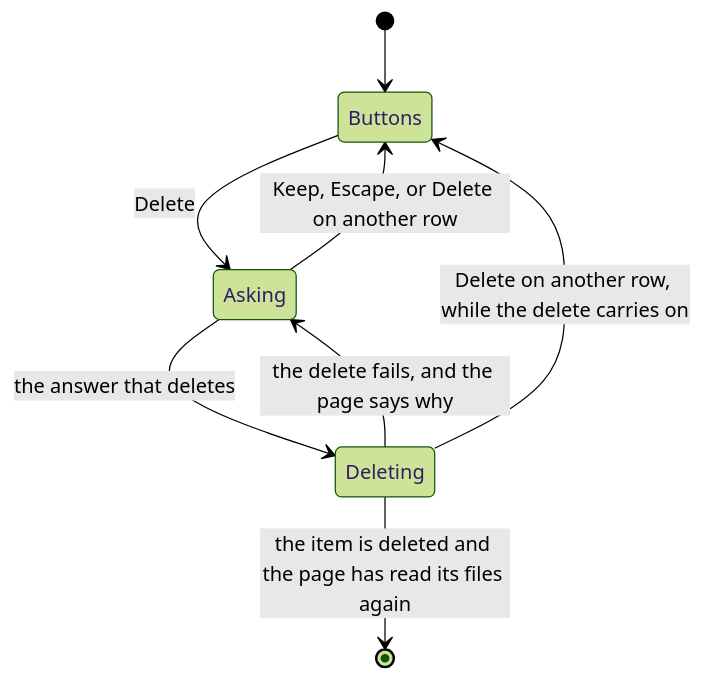
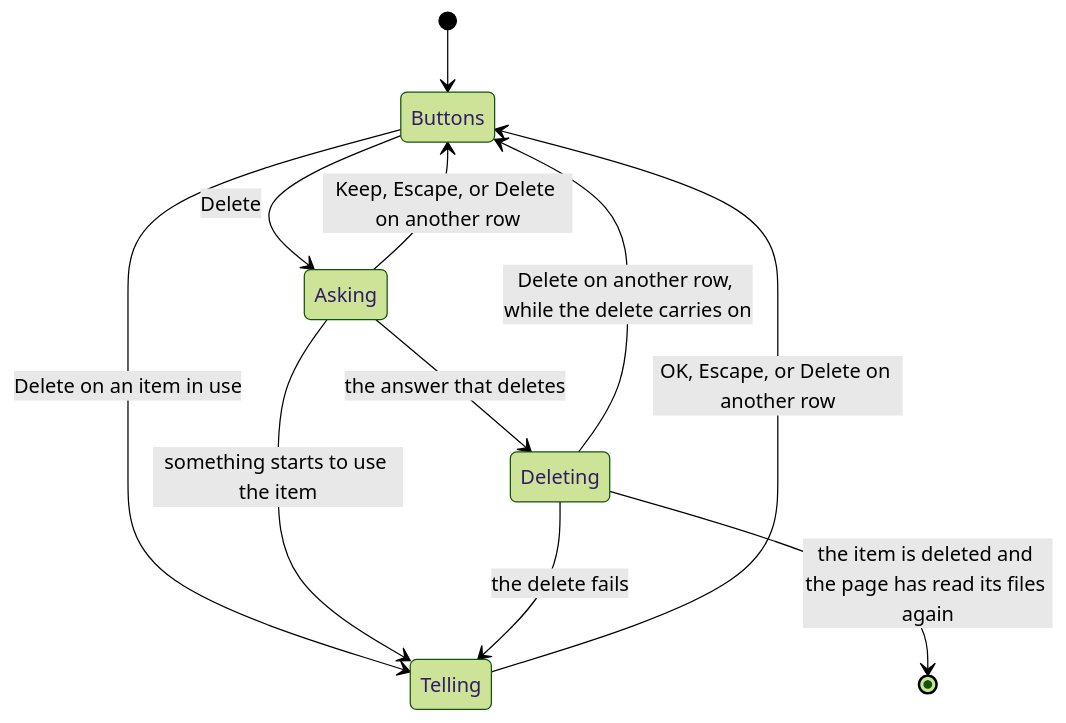
Before and after one commit to TheLunchTrae/appy-tappy: diagram 43 of 52 in wiki/State-machines.md, drawn with Mermaid (forest theme). The commit also changed other lines of this file and 10 other files, not shown here.

First line of the commit message:
fix(setup): say why an item in use can't be deleted, in its row

````diff
--- a/wiki/State-machines.md
+++ b/wiki/State-machines.md
@@ -2964,10 +2966,13 @@
 ```mermaid
 stateDiagram-v2
     [*] --> Buttons
     Buttons --> Asking: Delete
+    Buttons --> Telling: Delete on an item in use
     Asking --> Buttons: Keep, Escape, or Delete on another row
+    Asking --> Telling: something starts to use the item
     Asking --> Deleting: the answer that deletes
     Deleting --> [*]: the item is deleted and the page has read its files again
-    Deleting --> Asking: the delete fails, and the page says why
+    Deleting --> Telling: the delete fails
     Deleting --> Buttons: Delete on another row, while the delete carries on
+    Telling --> Buttons: OK, Escape, or Delete on another row
 ```
````
